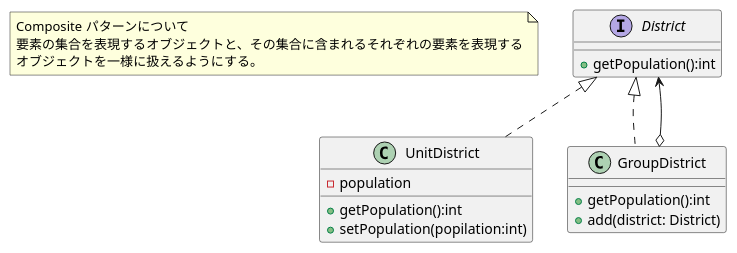
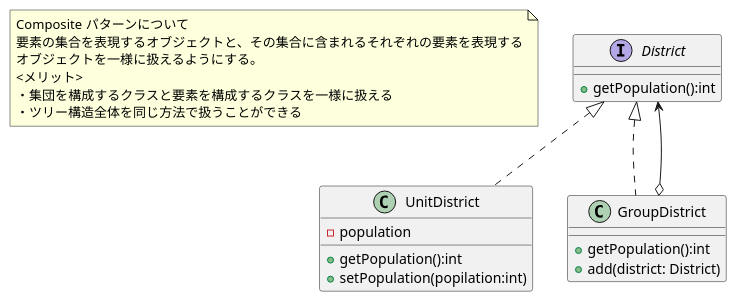
The diagram in Composite/composite.pu (yuuyaaann/cpp-design-pattern), drawn with PlantUML before and after one commit. The commit also changed 1 other file, not shown here.

```diff
--- a/Composite/composite.pu
+++ b/Composite/composite.pu
@@ -1,29 +1,32 @@
 @startuml
 
 note as N1
   Composite パターンについて
   要素の集合を表現するオブジェクトと、その集合に含まれるそれぞれの要素を表現する
   オブジェクトを一様に扱えるようにする。
+  <メリット>
+  ・集団を構成するクラスと要素を構成するクラスを一様に扱える
+  ・ツリー構造全体を同じ方法で扱うことができる
  end note
 
 interface District {
   + getPopulation():int
 }
 
 class UnitDistrict {
   + getPopulation():int
   + setPopulation(popilation:int)
   - population
 }
 
 class GroupDistrict {
   + getPopulation():int
   + add(district: District)
 }
 
 
 District <|.. UnitDistrict
 District <|.. GroupDistrict
 District <--o GroupDistrict
 
 @enduml
```
